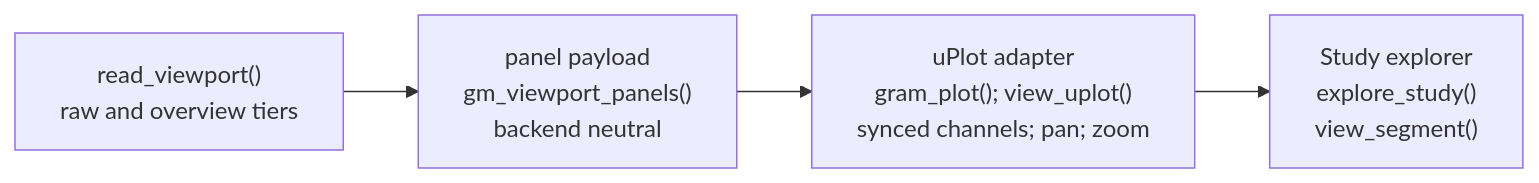
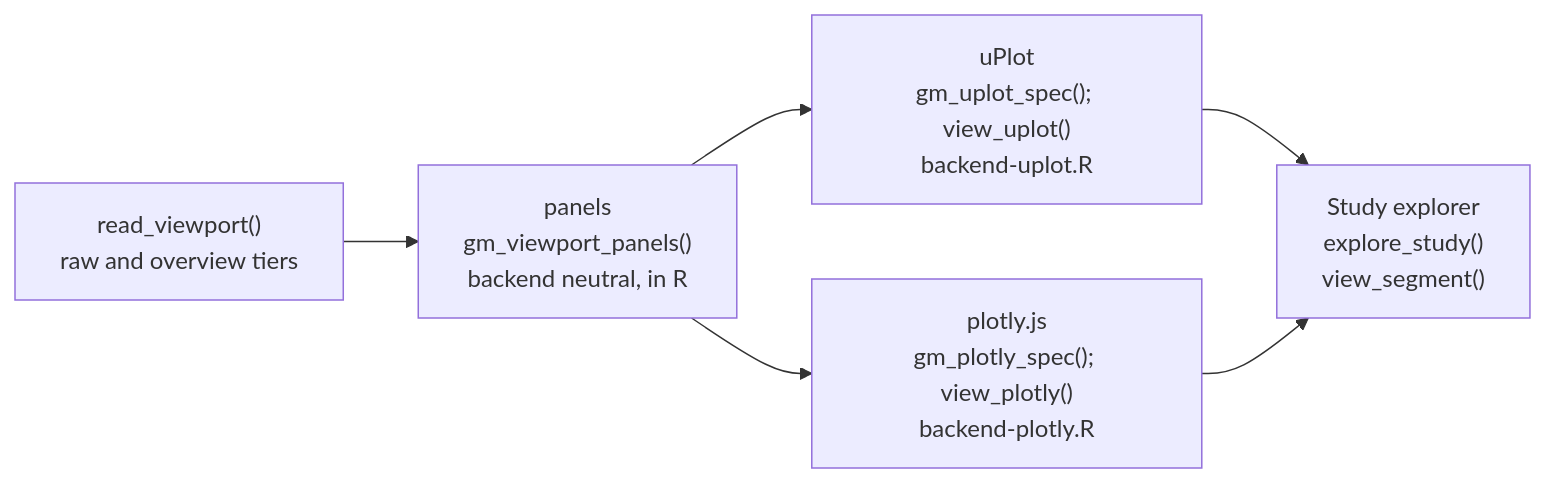
The third of 5 diagrams in vignettes/design.qmd (shah-in-boots/ggm), drawn with Mermaid before and after one commit. The commit also changed other lines of this file and 34 other files, not shown here.

````diff
--- a/vignettes/design.qmd
+++ b/vignettes/design.qmd
@@ -214,12 +218,15 @@
 ```{mermaid}
 %%| label: visualization-map
 flowchart LR
     Viewport["read_viewport()<br/>raw and overview tiers"]:::implemented
-    Panels["panel payload<br/>gm_viewport_panels()<br/>backend neutral"]:::implemented
-    UplotRenderer["uPlot adapter<br/>gram_plot(); view_uplot()<br/>synced channels; pan; zoom"]:::implemented
+    Panels["panels<br/>gm_viewport_panels()<br/>backend neutral, in R"]:::implemented
+    Uplot["uPlot<br/>gm_uplot_spec(); view_uplot()<br/>backend-uplot.R"]:::implemented
+    Plotly["plotly.js<br/>gm_plotly_spec(); view_plotly()<br/>backend-plotly.R"]:::implemented
     StudyExplorer["Study explorer<br/>explore_study()<br/>view_segment()"]:::planned
 
     Viewport --> Panels
-    Panels --> UplotRenderer
-    UplotRenderer --> StudyExplorer
+    Panels --> Uplot
+    Panels --> Plotly
+    Uplot --> StudyExplorer
+    Plotly --> StudyExplorer
 ```
````
